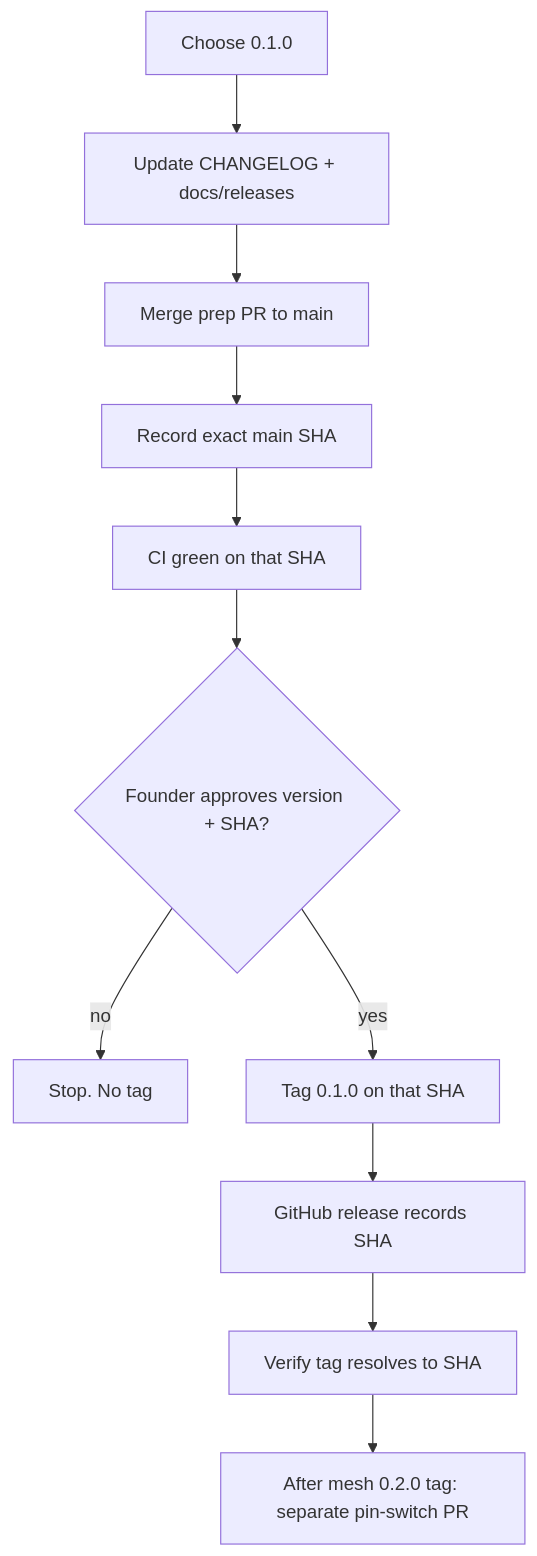
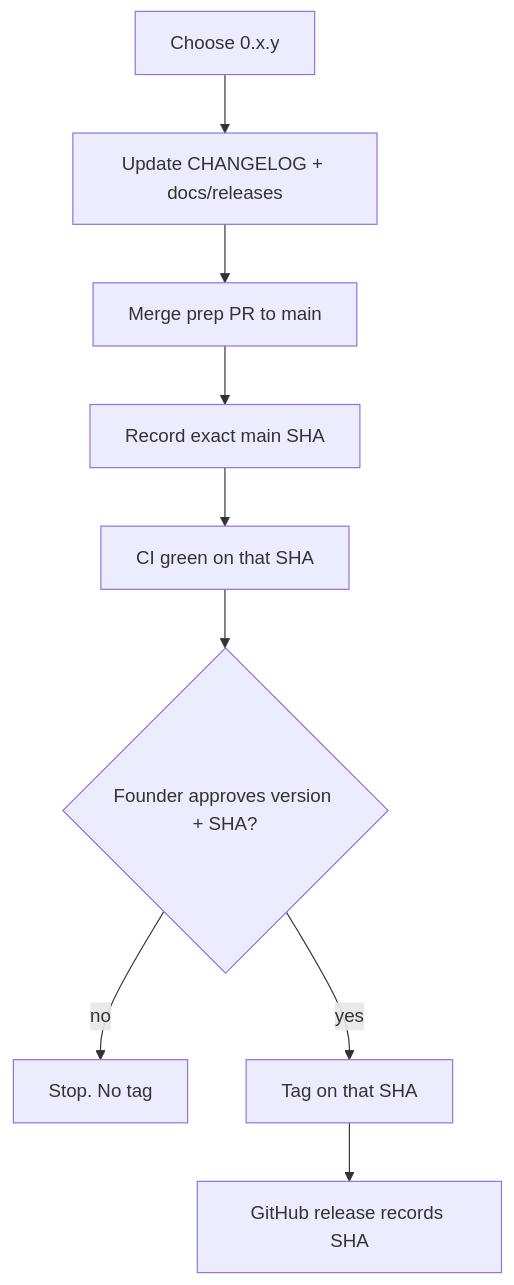
The fifth of 6 diagrams in docs/ARCHITECTURE.md (EvoCortexAI/saturn-node), drawn with Mermaid before and after one commit. The commit also changed other lines of this file and 4 other files, not shown here.

Commit message:
refactor: use MeshRuntimeMapping in adapter; compress stale mesh-pin docs

````diff
--- a/docs/ARCHITECTURE.md
+++ b/docs/ARCHITECTURE.md
@@ -101,13 +95,11 @@
 ```mermaid
 flowchart TD
-    A[Choose 0.1.0] --> B[Update CHANGELOG + docs/releases]
+    A[Choose 0.x.y] --> B[Update CHANGELOG + docs/releases]
     B --> C[Merge prep PR to main]
     C --> D[Record exact main SHA]
     D --> E[CI green on that SHA]
     E --> F{Founder approves version + SHA?}
     F -->|no| G[Stop. No tag]
-    F -->|yes| H[Tag 0.1.0 on that SHA]
+    F -->|yes| H[Tag on that SHA]
     H --> I[GitHub release records SHA]
-    I --> J[Verify tag resolves to SHA]
-    J --> K[After mesh 0.2.0 tag: separate pin-switch PR]
 ```
````
